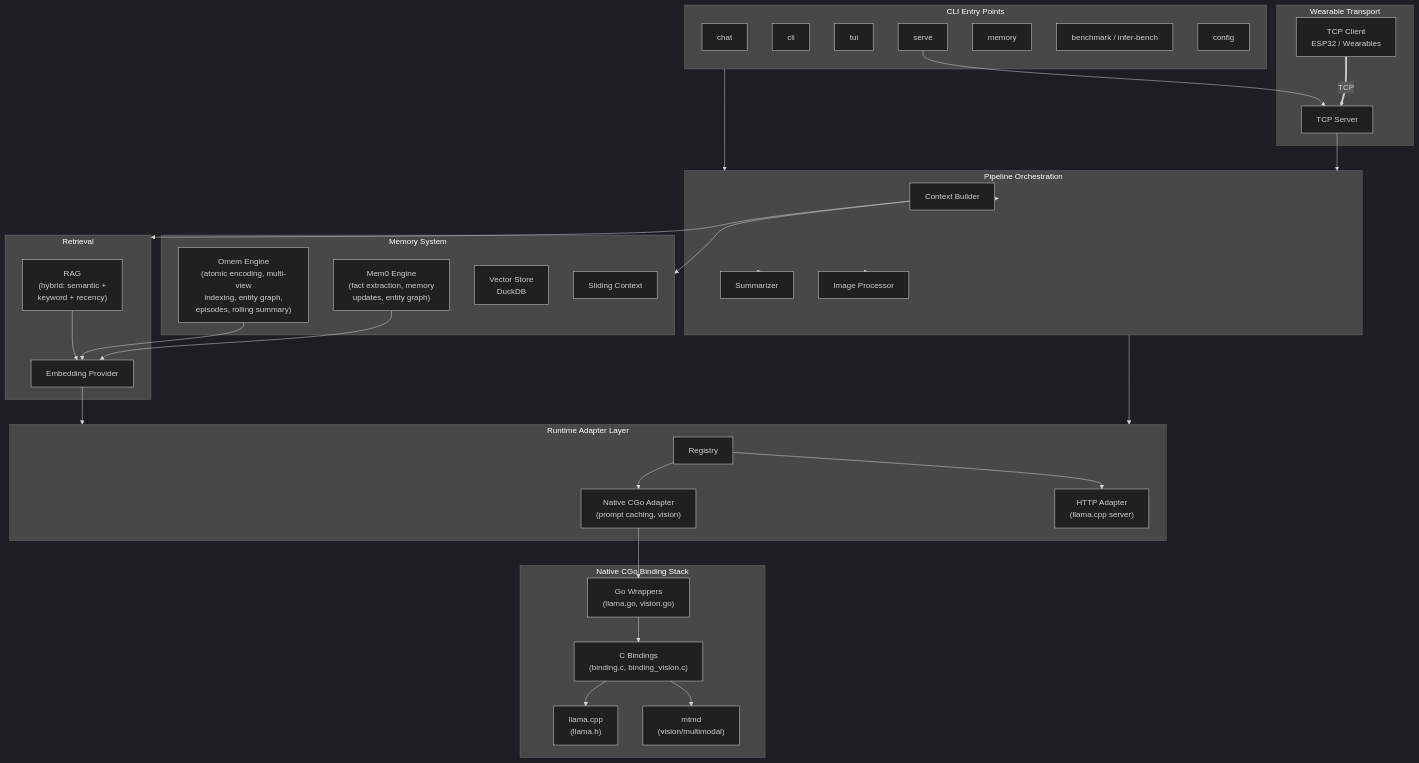
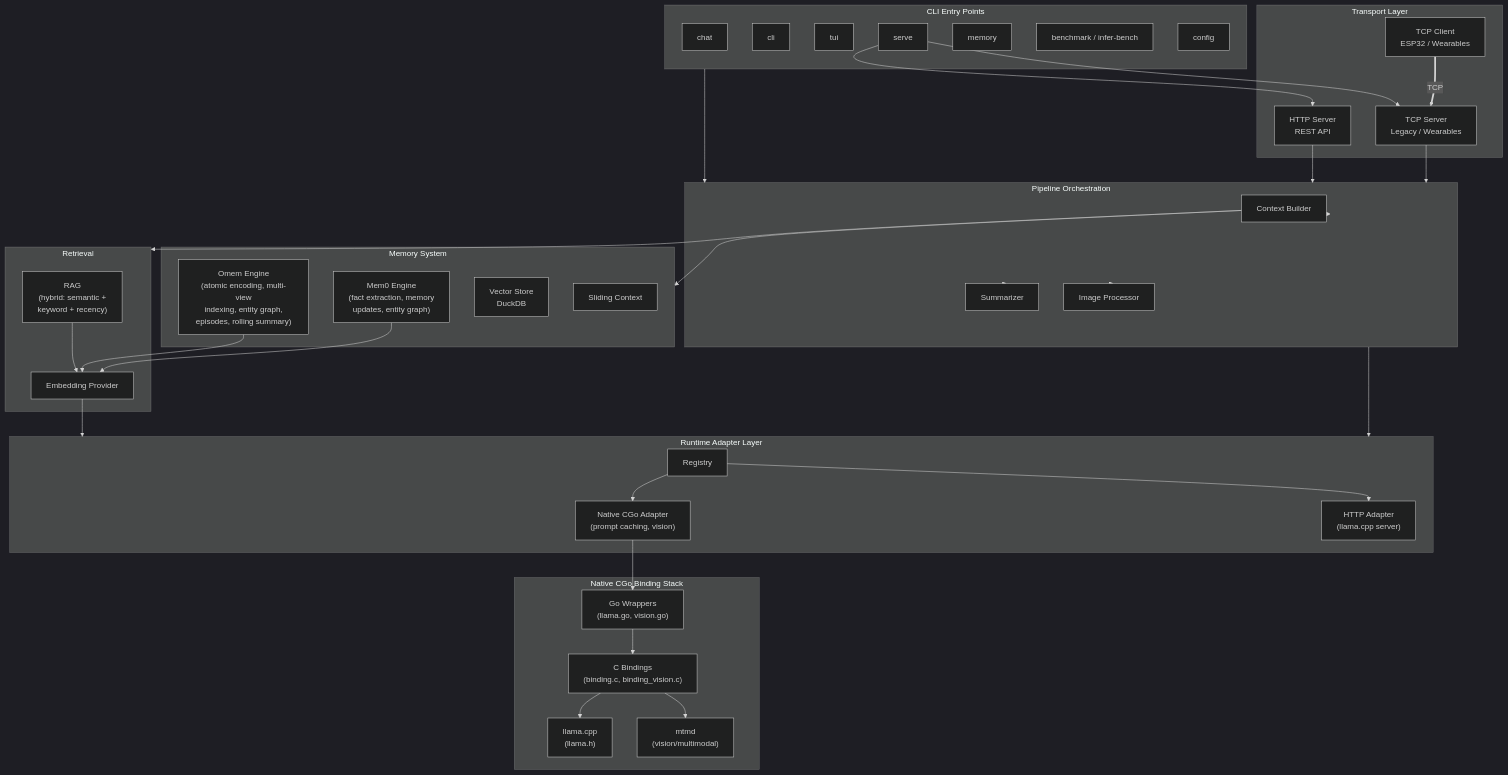
Before and after one commit to theawakener0/OpenEye: the diagram in README.md, drawn with Mermaid (dark theme). The commit also changed other lines of this file and 8 other files, not shown here.

Commit message:
IMPROVED the serve and now you access it via http...

````diff
--- a/README.md
+++ b/README.md
@@ -11,69 +11,72 @@
 ```mermaid
 graph TB
     subgraph CLI["CLI Entry Points"]
         CHAT[chat]
         CLIMODE[cli]
         TUI[tui]
         SERVE[serve]
         MEM[memory]
         BENCH[benchmark / infer-bench]
         CFGCMD[config]
     end
 
     subgraph PIPELINE["Pipeline Orchestration"]
         CTX[Context Builder]
         SUM[Summarizer]
         IMG[Image Processor]
     end
 
     subgraph MEMORY["Memory System"]
         OMEM["Omem Engine<br/>(atomic encoding, multi-view<br/>indexing, entity graph,<br/>episodes, rolling summary)"]
         MEM0["Mem0 Engine<br/>(fact extraction, memory<br/>updates, entity graph)"]
         VS[Vector Store<br/>DuckDB]
         SC[Sliding Context]
     end
 
     subgraph RETRIEVAL["Retrieval"]
         RAG["RAG<br/>(hybrid: semantic +<br/>keyword + recency)"]
         EMB["Embedding Provider"]
     end
 
     subgraph RUNTIME["Runtime Adapter Layer"]
         REG[Registry]
         NATIVE["Native CGo Adapter<br/>(prompt caching, vision)"]
         HTTP["HTTP Adapter<br/>(llama.cpp server)"]
     end
 
     subgraph CGO["Native CGo Binding Stack"]
         GOWRAP["Go Wrappers<br/>(llama.go, vision.go)"]
         CBIND["C Bindings<br/>(binding.c, binding_vision.c)"]
         LLAMA["llama.cpp<br/>(llama.h)"]
         MTMD["mtmd<br/>(vision/multimodal)"]
     end
 
-    subgraph TRANSPORT["Wearable Transport"]
-        SERVER[TCP Server]
+    subgraph TRANSPORT["Transport Layer"]
+        HTTPSERVER[HTTP Server<br/>REST API]
+        TCPSERVER[TCP Server<br/>Legacy / Wearables]
         CLIENT[TCP Client<br/>ESP32 / Wearables]
     end
 
     CLI --> PIPELINE
     PIPELINE --> CTX
     PIPELINE --> SUM
     PIPELINE --> IMG
     CTX --> MEMORY
     CTX --> RETRIEVAL
     EMB --> RUNTIME
     PIPELINE --> RUNTIME
     REG --> NATIVE
     REG --> HTTP
     NATIVE --> GOWRAP
     GOWRAP --> CBIND
     CBIND --> LLAMA
     CBIND --> MTMD
-    SERVE --> SERVER
-    SERVER --> PIPELINE
-    CLIENT == TCP ==> SERVER
+    SERVE --> HTTPSERVER
+    SERVE --> TCPSERVER
+    HTTPSERVER --> PIPELINE
+    TCPSERVER --> PIPELINE
+    CLIENT == TCP ==> TCPSERVER
     RAG --> EMB
     OMEM --> EMB
     MEM0 --> EMB
 ```
````
